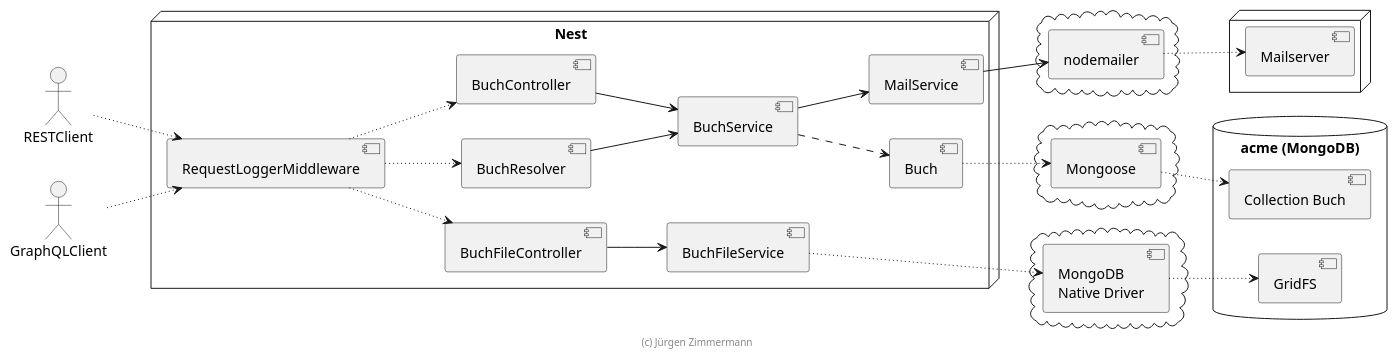
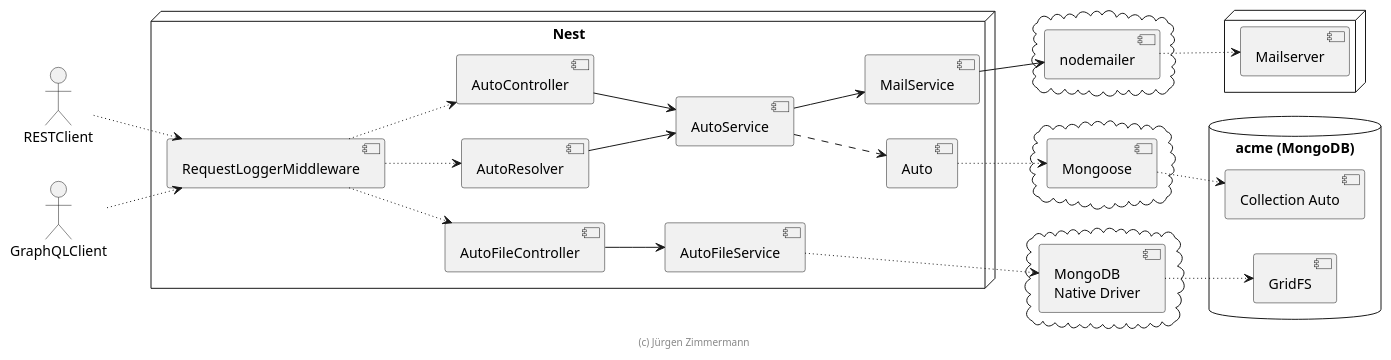
Before and after one commit to jensettl/nest_swe: the diagram in extras/doc/entwicklerhandbuch/komponenten.puml, drawn with PlantUML. The commit also changed 152 other files, not shown here.

```diff
--- a/extras/doc/entwicklerhandbuch/komponenten.puml
+++ b/extras/doc/entwicklerhandbuch/komponenten.puml
@@ -15,68 +15,68 @@
 @startuml Komponenten
 
 left to right direction
 
 actor RESTClient
 actor GraphQLClient
 
 node "Nest" {
   [RequestLoggerMiddleware]
 
-  [BuchController]
-  [BuchResolver]
-  [BuchFileController]
+  [AutoController]
+  [AutoResolver]
+  [AutoFileController]
 
-  [BuchService]
-  [BuchFileService]
+  [AutoService]
+  [AutoFileService]
 
-  [Buch]
+  [Auto]
 
   [MailService]
 }
 
 
 cloud {
     [Mongoose]
 }
 
 cloud {
     [MongoDB\nNative Driver]
 }
 
 cloud {
     [nodemailer]
 }
 
 database "acme (MongoDB)" {
-    [Collection Buch]
+    [Collection Auto]
     [GridFS]
 }
 
 node {
     [Mailserver]
 }
 
 RESTClient ~~> [RequestLoggerMiddleware]
 GraphQLClient ~~> [RequestLoggerMiddleware]
 
-[RequestLoggerMiddleware] ~~> [BuchController]
-[RequestLoggerMiddleware] ~~> [BuchResolver]
-[RequestLoggerMiddleware] ~~> [BuchFileController]
+[RequestLoggerMiddleware] ~~> [AutoController]
+[RequestLoggerMiddleware] ~~> [AutoResolver]
+[RequestLoggerMiddleware] ~~> [AutoFileController]
 
-[BuchController] --> [BuchService]
-[BuchResolver] --> [BuchService]
-[BuchFileController] --> [BuchFileService]
-[BuchService] ..> [Buch]
+[AutoController] --> [AutoService]
+[AutoResolver] --> [AutoService]
+[AutoFileController] --> [AutoFileService]
+[AutoService] ..> [Auto]
 
-[Buch] ~~> [Mongoose]
-[BuchFileService] ~~> [MongoDB\nNative Driver]
-[Mongoose] ~~> [Collection Buch]
+[Auto] ~~> [Mongoose]
+[AutoFileService] ~~> [MongoDB\nNative Driver]
+[Mongoose] ~~> [Collection Auto]
 [MongoDB\nNative Driver] ~~> [GridFS]
 
-[BuchService] --> [MailService]
+[AutoService] --> [MailService]
 [MailService] --> [nodemailer]
 [nodemailer] ~~> [Mailserver]
 
 footer (c) Jürgen Zimmermann
 
 @enduml
```
